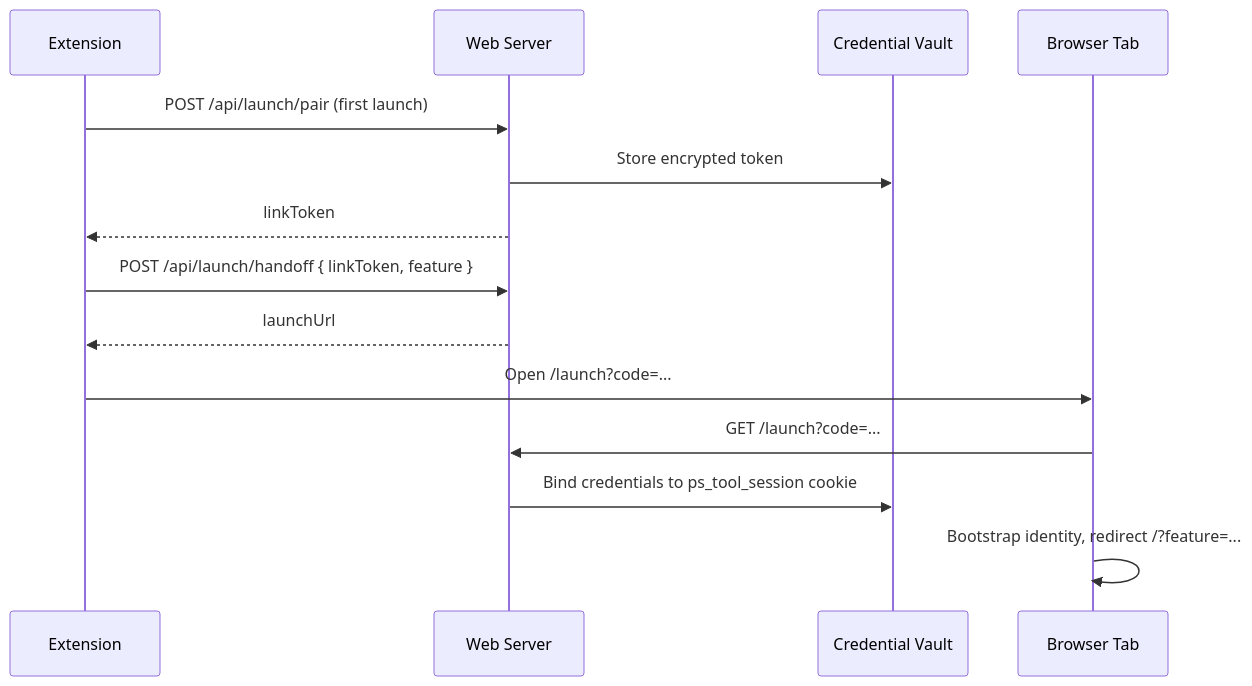
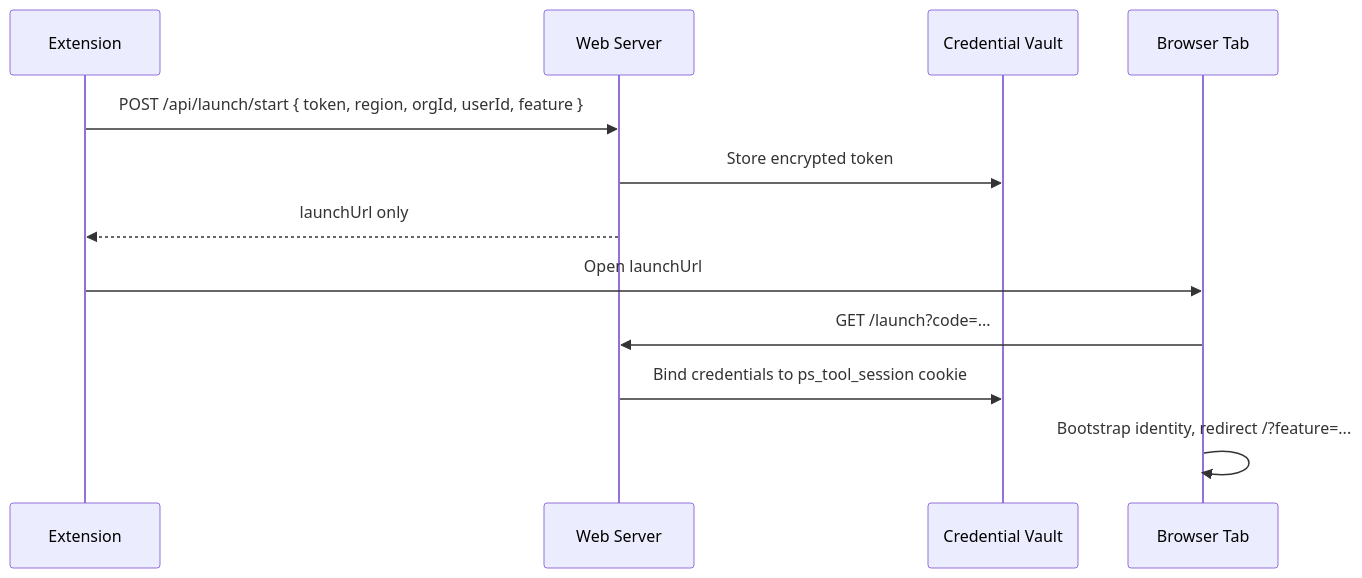
The diagram in docs/launch-endpoint.md (James-Rhodes-G/Genesys_PS_Tool), drawn with Mermaid before and after one commit. The commit also changed other lines of this file and 10 other files, not shown here.

````diff
--- a/docs/launch-endpoint.md
+++ b/docs/launch-endpoint.md
@@ -9,17 +11,15 @@
 ```mermaid
 sequenceDiagram
     participant Ext as Extension
     participant API as Web Server
     participant Vault as Credential Vault
     participant Tab as Browser Tab
 
-    Ext->>API: POST /api/launch/pair (first launch)
+    Ext->>API: POST /api/launch/start { token, region, orgId, userId, feature }
     API->>Vault: Store encrypted token
-    API-->>Ext: linkToken
-    Ext->>API: POST /api/launch/handoff { linkToken, feature }
-    API-->>Ext: launchUrl
-    Ext->>Tab: Open /launch?code=...
+    API-->>Ext: launchUrl only
+    Ext->>Tab: Open launchUrl
     Tab->>API: GET /launch?code=...
     API->>Vault: Bind credentials to ps_tool_session cookie
     Tab->>Tab: Bootstrap identity, redirect /?feature=...
 ```
````
